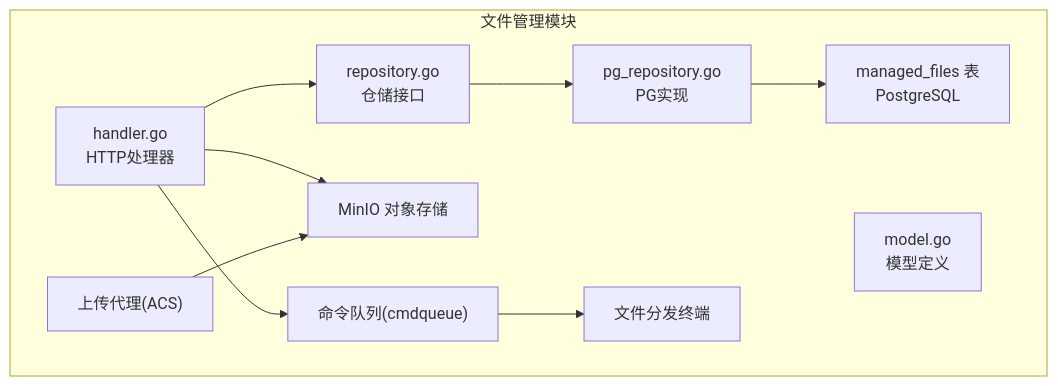
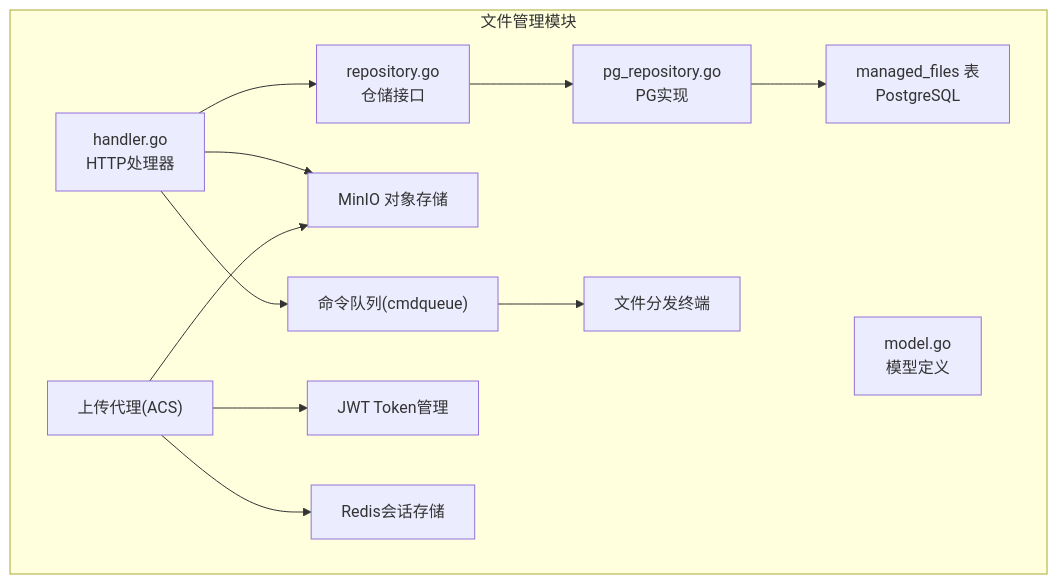
One commit to bixinhaner/xomc changed the first of 11 diagrams in .qoder/repowiki/zh/content/核心模块/文件管理模块/文件管理模块.md. Above: the diagram before and after it, drawn with Mermaid. The commit also changed other lines of this file and 4 other files, not shown here.

````diff
--- a/.qoder/repowiki/zh/content/核心模块/文件管理模块/文件管理模块.md
+++ b/.qoder/repowiki/zh/content/核心模块/文件管理模块/文件管理模块.md
@@ -54,21 +57,25 @@
 ```mermaid
 graph TB
 subgraph "文件管理模块"
 H["handler.go<br/>HTTP处理器"]
 M["model.go<br/>模型定义"]
 R["repository.go<br/>仓储接口"]
 PG["pg_repository.go<br/>PG实现"]
 DB["managed_files 表<br/>PostgreSQL"]
 MIN["MinIO 对象存储"]
 CMD["命令队列(cmdqueue)"]
 UP["上传代理(ACS)"]
+TOKEN["JWT Token管理"]
+SESSION["Redis会话存储"]
 END["文件分发终端"]
 end
 H --> R
 R --> PG
 PG --> DB
 H --> MIN
 H --> CMD
 CMD --> END
 UP --> MIN
+UP --> TOKEN
+UP --> SESSION
 ```
````
